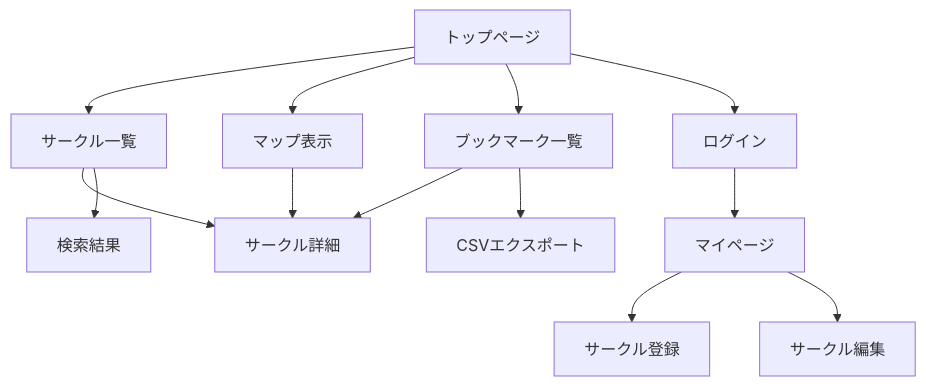
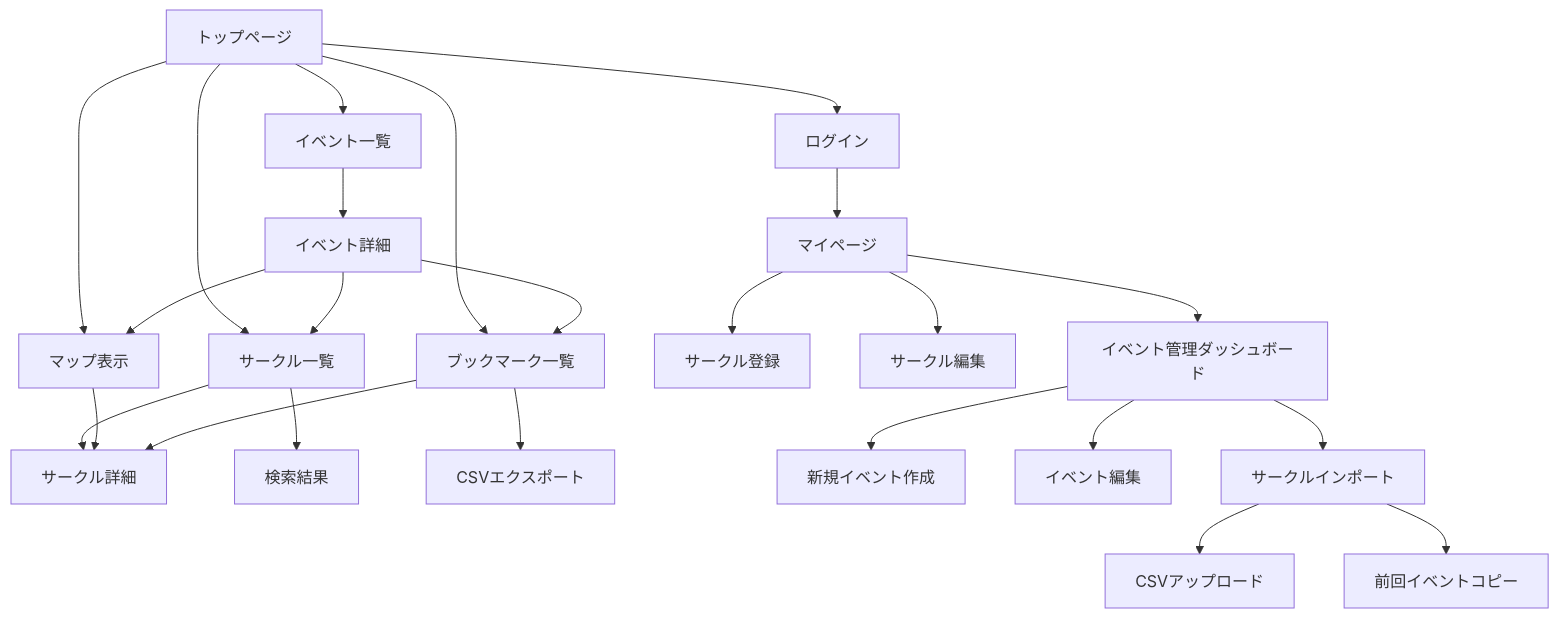
The second of 3 diagrams in docs/spec.md (kainoika/geicacheck), drawn with Mermaid before and after one commit. The commit also changed other lines of this file, not shown here.

````diff
--- a/docs/spec.md
+++ b/docs/spec.md
@@ -503,16 +665,31 @@
 ```mermaid
 graph TD
     A[トップページ] --> B[サークル一覧]
     B --> C[サークル詳細]
     B --> D[検索結果]
     A --> E[マップ表示]
     E --> C
     A --> F[ブックマーク一覧]
     F --> C
     A --> G[ログイン]
     G --> H[マイページ]
     H --> I[サークル登録]
     H --> J[サークル編集]
     F --> K[CSVエクスポート]
+    
+    %% マルチイベント対応画面
+    A --> L[イベント一覧]
+    L --> M[イベント詳細]
+    M --> B
+    M --> E
+    M --> F
+    
+    %% 管理者画面
+    H --> N[イベント管理ダッシュボード]
+    N --> O[新規イベント作成]
+    N --> P[イベント編集]
+    N --> Q[サークルインポート]
+    Q --> R[CSVアップロード]
+    Q --> S[前回イベントコピー]
 
 ```
````
